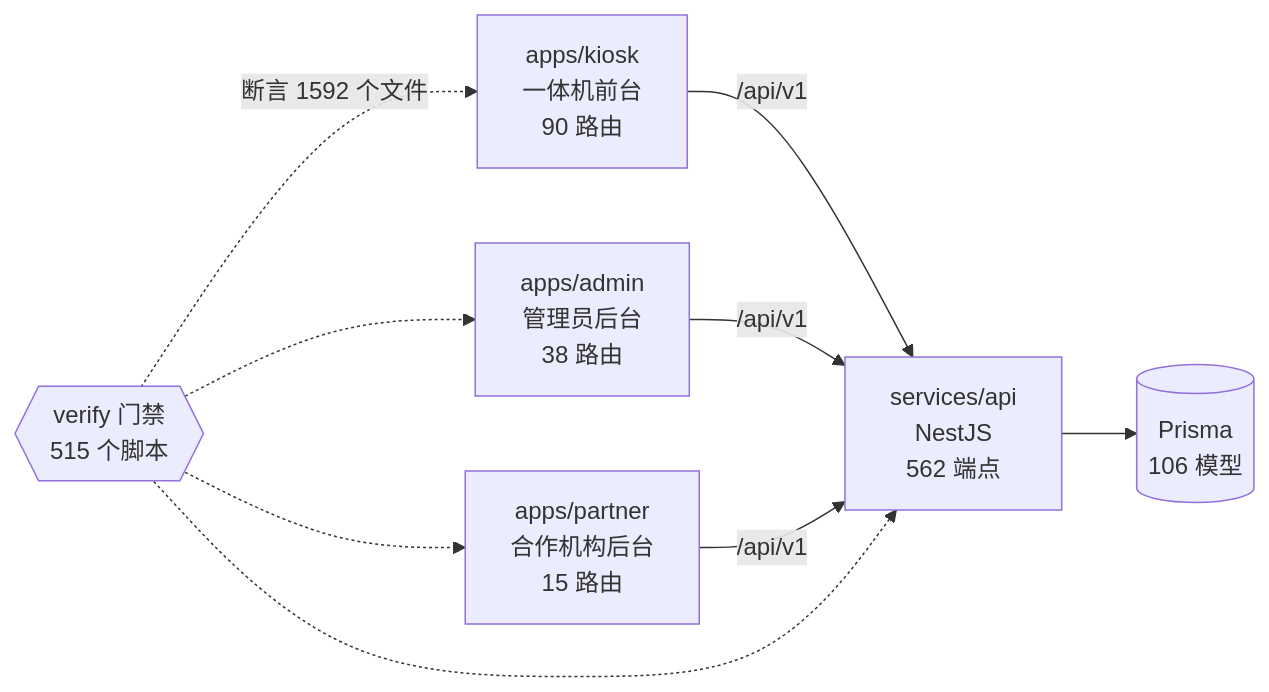
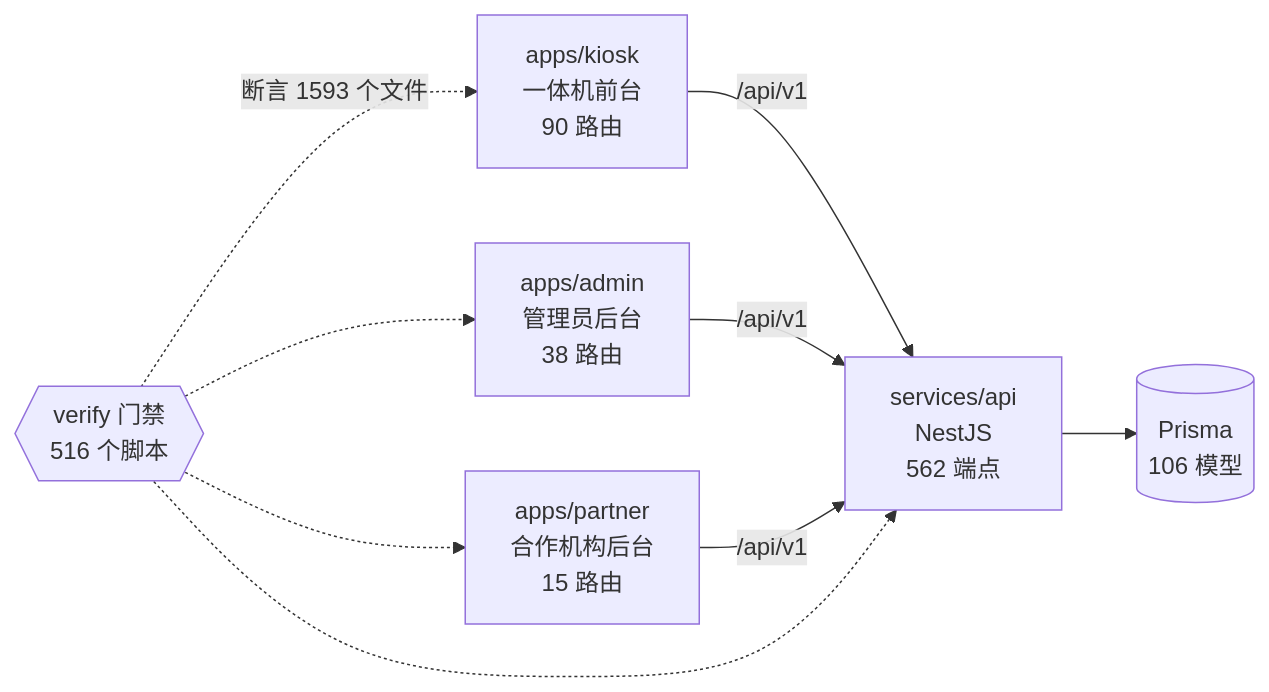
Before and after one commit to wanglei581/YITIJI: the diagram in docs/graph/README.md, drawn with Mermaid. The commit also changed other lines of this file and 1 other file, not shown here.

Commit message:
chore(graph): regenerate after merging candidate

````diff
--- a/docs/graph/README.md
+++ b/docs/graph/README.md
@@ -68,18 +68,18 @@
 ```mermaid
 flowchart LR
   kiosk["apps/kiosk<br/>一体机前台<br/>90 路由"]
   admin["apps/admin<br/>管理员后台<br/>38 路由"]
   partner["apps/partner<br/>合作机构后台<br/>15 路由"]
   api["services/api<br/>NestJS<br/>562 端点"]
   db[("Prisma<br/>106 模型")]
-  gates{{"verify 门禁<br/>515 个脚本"}}
+  gates{{"verify 门禁<br/>516 个脚本"}}
 
   kiosk -->|"/api/v1"| api
   admin -->|"/api/v1"| api
   partner -->|"/api/v1"| api
   api --> db
-  gates -.->|"断言 1592 个文件"| kiosk
+  gates -.->|"断言 1593 个文件"| kiosk
   gates -.-> admin
   gates -.-> partner
   gates -.-> api
 ```
````
